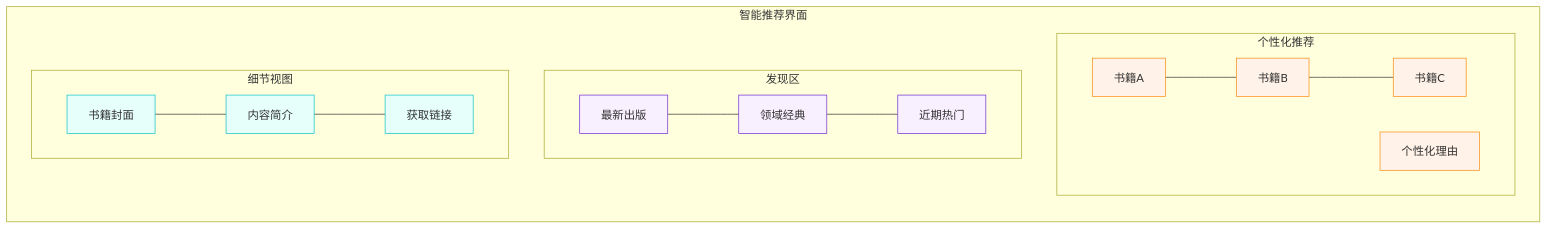
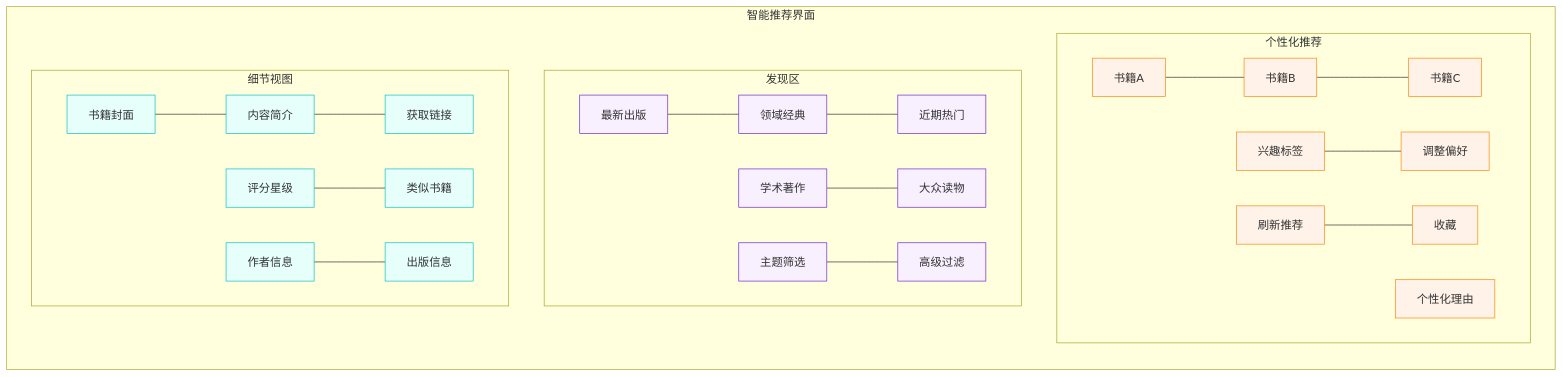
Before and after one commit to EnigmaWU/MyLLM_Arena: diagram 15 of 19 in MyStartups/NextBook/README.md, drawn with Mermaid. The commit also changed other lines of this file, not shown here.

````diff
--- a/MyStartups/NextBook/README.md
+++ b/MyStartups/NextBook/README.md
@@ -593,29 +755,35 @@
 ```mermaid
 graph LR
     subgraph "智能推荐界面"
         direction TB
         
         subgraph "个性化推荐"
             P1[书籍A] --- P2[书籍B] --- P3[书籍C]
             P4[个性化理由]
+            P5[兴趣标签] --- P6[调整偏好]
+            P7[刷新推荐] --- P8[收藏]
         end
         
         subgraph "发现区"
             D1[最新出版] --- D2[领域经典]
             D2 --- D3[近期热门]
+            D4[学术著作] --- D5[大众读物]
+            D6[主题筛选] --- D7[高级过滤]
         end
         
         subgraph "细节视图"
             V1[书籍封面] --- V2[内容简介]
             V2 --- V3[获取链接]
+            V4[评分星级] --- V5[类似书籍]
+            V6[作者信息] --- V7[出版信息]
         end
     end
     
     classDef recommend fill:#fff2e8,stroke:#fa8c16
     classDef discover fill:#f9f0ff,stroke:#722ed1
     classDef detail fill:#e6fffb,stroke:#13c2c2
     
-    class P1,P2,P3,P4 recommend
-    class D1,D2,D3 discover
-    class V1,V2,V3 detail
+    class P1,P2,P3,P4,P5,P6,P7,P8 recommend
+    class D1,D2,D3,D4,D5,D6,D7 discover
+    class V1,V2,V3,V4,V5,V6,V7 detail
 ```
````
